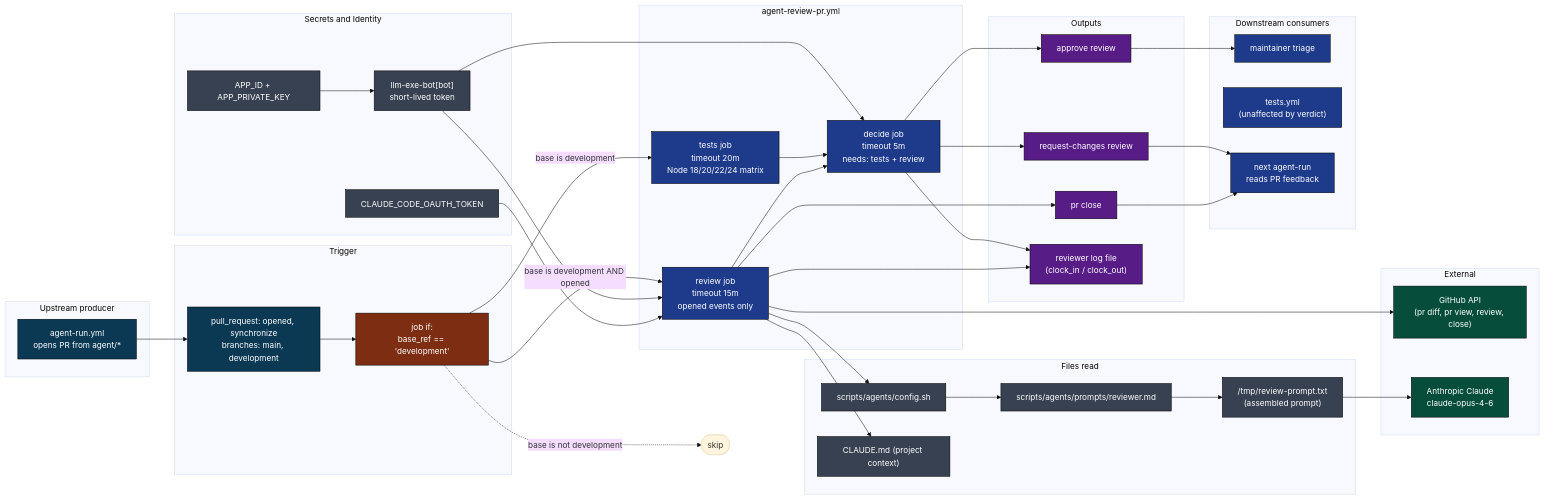
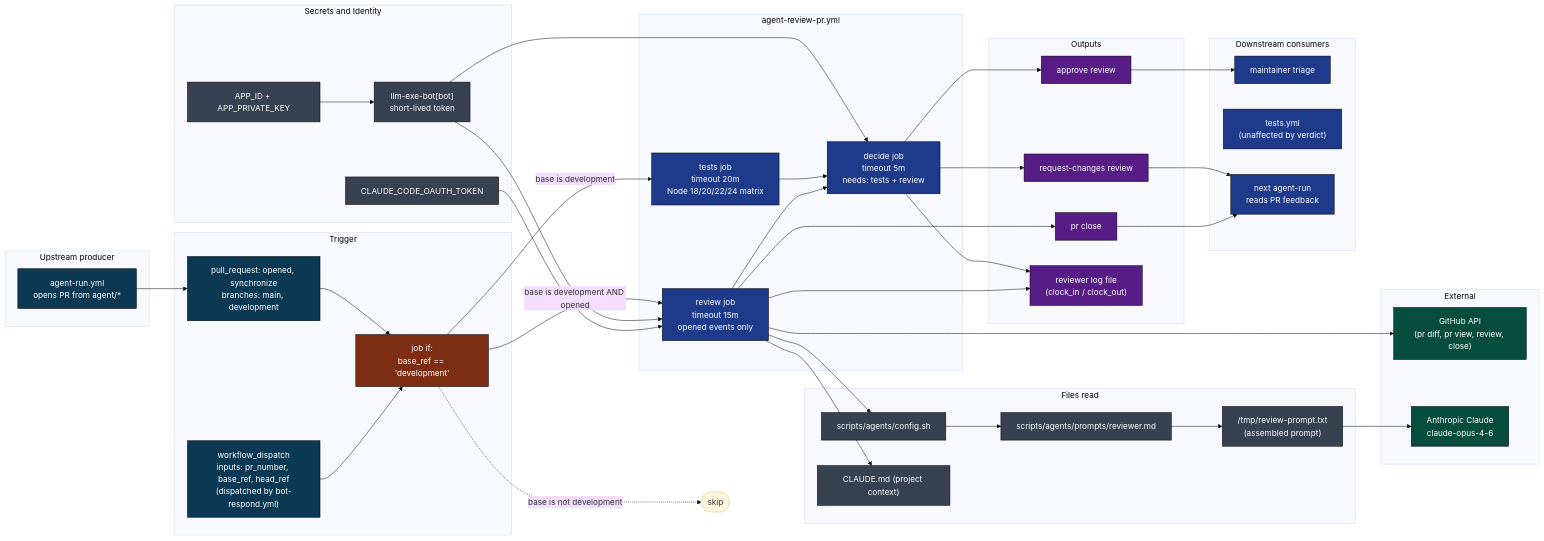
Before and after one commit to gregreindel/llm-exe: the first of 12 diagrams in .github/docs/AGENT_REVIEW_PR_DEEP_DIVE.md, drawn with Mermaid (base theme). The commit also changed other lines of this file and 4 other files, not shown here.

First line of the commit message:
docs: sync deep dives after agent-review-pr and bot-respond changes

```diff
--- a/.github/docs/AGENT_REVIEW_PR_DEEP_DIVE.md
+++ b/.github/docs/AGENT_REVIEW_PR_DEEP_DIVE.md
@@ -40,6 +40,7 @@
 
     subgraph T["Trigger"]
         t1["pull_request: opened, synchronize\nbranches: main, development"]:::trig
+        t2["workflow_dispatch\ninputs: pr_number, base_ref, head_ref\n(dispatched by bot-respond.yml)"]:::trig
         f1["job if:\nbase_ref == 'development'"]:::gate
     end
 
@@ -82,6 +83,7 @@
 
     AR --> t1
     t1 --> f1
+    t2 --> f1
     f1 -->|base is development| TS
     f1 -->|base is development AND opened| R
     f1 -.->|base is not development| skip(["skip"])
```
